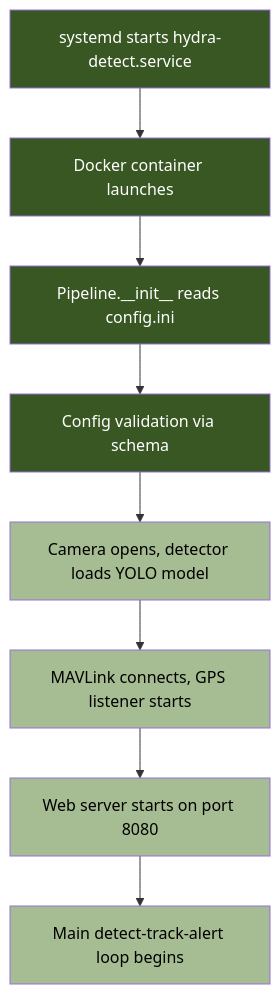
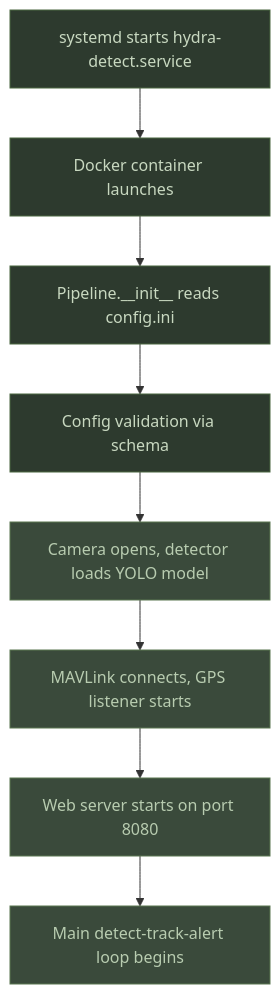
The diagram in docs/getting-started.md (rmeadomavic/Hydra), drawn with Mermaid before and after one commit. The commit also changed other lines of this file and 8 other files, not shown here.

First line of the commit message:
docs: polish pass — standardize Mermaid palette, tighten tone, add diagrams

````diff
--- a/docs/getting-started.md
+++ b/docs/getting-started.md
@@ -20,19 +22,19 @@
 ```mermaid
 graph TD
-    style A fill:#385723,color:#fff
-    style B fill:#385723,color:#fff
-    style C fill:#385723,color:#fff
-    style D fill:#385723,color:#fff
-    style E fill:#A6BC92,color:#000
-    style F fill:#A6BC92,color:#000
-    style G fill:#A6BC92,color:#000
-    style H fill:#A6BC92,color:#000
+    style A fill:#2d3a2e,color:#c8d8c0,stroke:#4a6741
+    style B fill:#2d3a2e,color:#c8d8c0,stroke:#4a6741
+    style C fill:#2d3a2e,color:#c8d8c0,stroke:#4a6741
+    style D fill:#2d3a2e,color:#c8d8c0,stroke:#4a6741
+    style E fill:#3a4a3b,color:#b8ccb0,stroke:#5a7751
+    style F fill:#3a4a3b,color:#b8ccb0,stroke:#5a7751
+    style G fill:#3a4a3b,color:#b8ccb0,stroke:#5a7751
+    style H fill:#3a4a3b,color:#b8ccb0,stroke:#5a7751
 
     A[systemd starts hydra-detect.service] --> B[Docker container launches]
     B --> C[Pipeline.__init__ reads config.ini]
     C --> D[Config validation via schema]
     D --> E[Camera opens, detector loads YOLO model]
     E --> F[MAVLink connects, GPS listener starts]
     F --> G[Web server starts on port 8080]
     G --> H[Main detect-track-alert loop begins]
 ```
````
